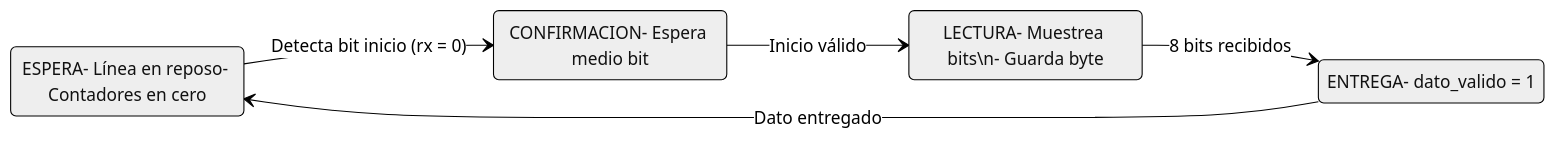
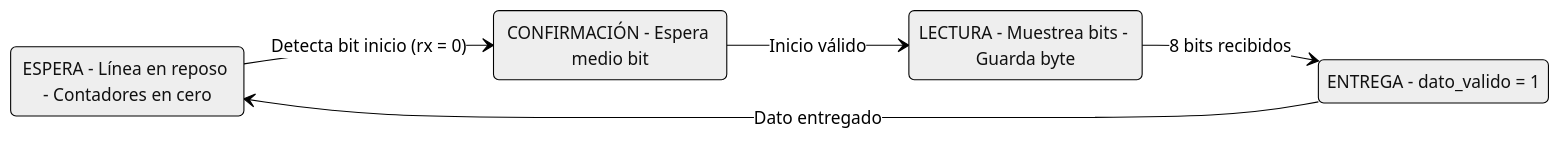
Before and after one commit to marcos0811/Enlace-ptico-Visible-Li-Fi-con-Basys-3: the second of 3 diagrams in README.md, drawn with Mermaid (neutral theme). The commit also changed other lines of this file, not shown here.

````diff
--- a/README.md
+++ b/README.md
@@ -72,14 +69,13 @@
 ```mermaid
 stateDiagram-v2
     direction LR
-
     IDLE --> START : Detecta bit inicio (rx = 0)
     START --> DATOS : Inicio válido
     DATOS --> STOP : 8 bits recibidos
     STOP --> IDLE : Dato entregado
 
-    IDLE : ESPERA- Línea en reposo- Contadores en cero
-    START : CONFIRMACION- Espera medio bit
-    DATOS : LECTURA- Muestrea bits\n- Guarda byte
-    STOP : ENTREGA- dato_valido = 1
+    IDLE : ESPERA - Línea en reposo - Contadores en cero
+    START : CONFIRMACIÓN - Espera medio bit
+    DATOS : LECTURA - Muestrea bits - Guarda byte
+    STOP : ENTREGA - dato_valido = 1
 ```
````
